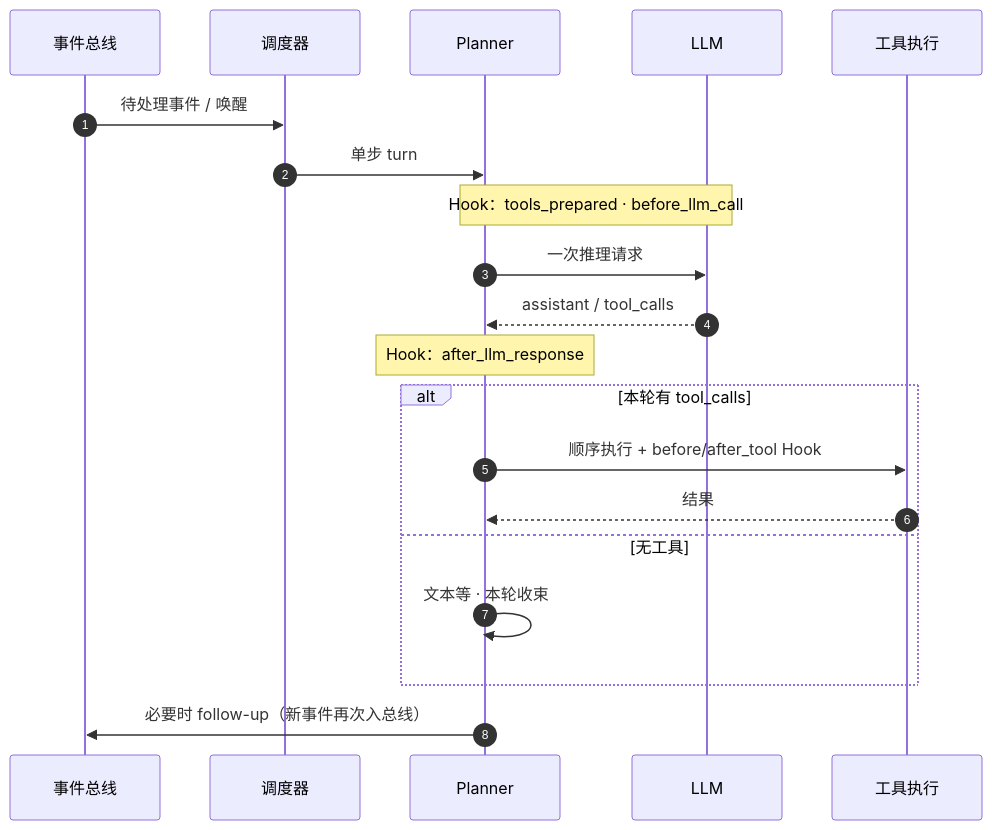
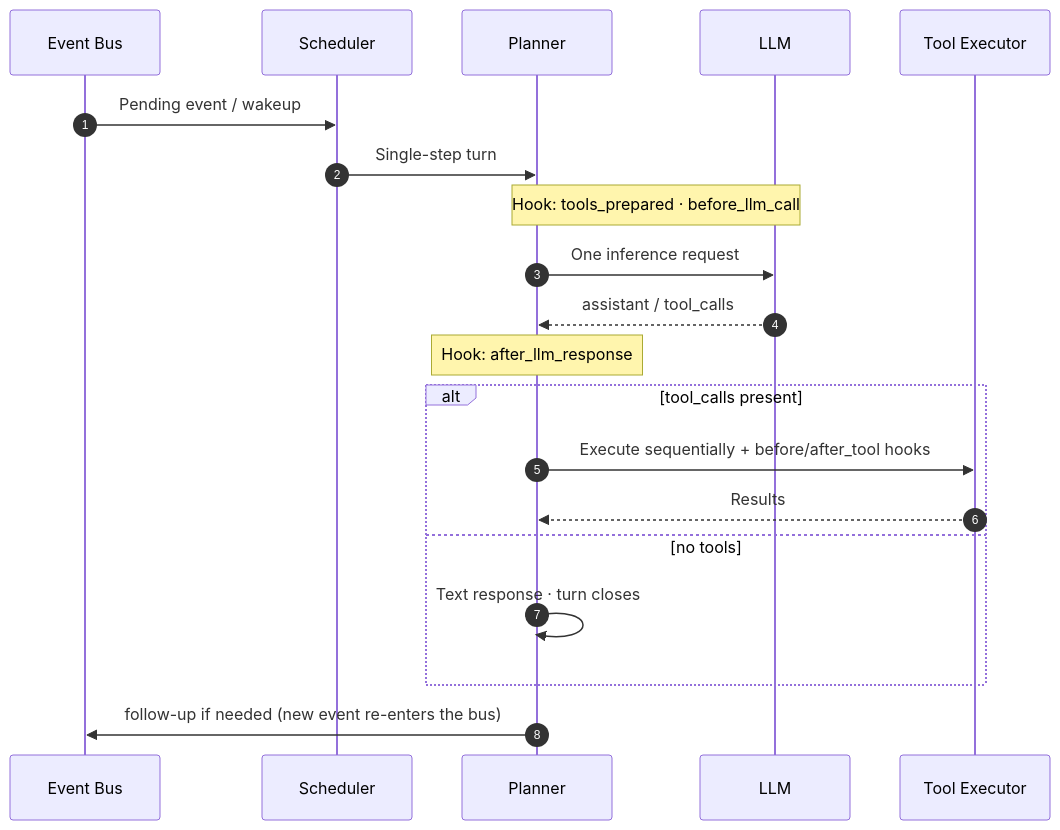
The diagram in README.md (PKULab1806/FairyClaw), drawn with Mermaid before and after one commit. The commit also changed other lines of this file and 1 other file, not shown here.

````diff
--- a/README.md
+++ b/README.md
@@ -5,23 +5,23 @@
 ```mermaid
 sequenceDiagram
   autonumber
-  participant Bus as 事件总线
-  participant Sched as 调度器
+  participant Bus as Event Bus
+  participant Sched as Scheduler
   participant Plan as Planner
   participant LLM as LLM
-  participant Exec as 工具执行
+  participant Exec as Tool Executor
 
-  Bus->>Sched: 待处理事件 / 唤醒
-  Sched->>Plan: 单步 turn
-  Note over Plan,LLM: Hook：tools_prepared · before_llm_call
-  Plan->>LLM: 一次推理请求
+  Bus->>Sched: Pending event / wakeup
+  Sched->>Plan: Single-step turn
+  Note over Plan,LLM: Hook: tools_prepared · before_llm_call
+  Plan->>LLM: One inference request
   LLM-->>Plan: assistant / tool_calls
-  Note over Plan: Hook：after_llm_response
-  alt 本轮有 tool_calls
-    Plan->>Exec: 顺序执行 + before/after_tool Hook
-    Exec-->>Plan: 结果
-  else 无工具
-    Plan->>Plan: 文本等 · 本轮收束
+  Note over Plan: Hook: after_llm_response
+  alt tool_calls present
+    Plan->>Exec: Execute sequentially + before/after_tool hooks
+    Exec-->>Plan: Results
+  else no tools
+    Plan->>Plan: Text response · turn closes
   end
-  Plan->>Bus: 必要时 follow-up（新事件再次入总线）
+  Plan->>Bus: follow-up if needed (new event re-enters the bus)
 ```
````
